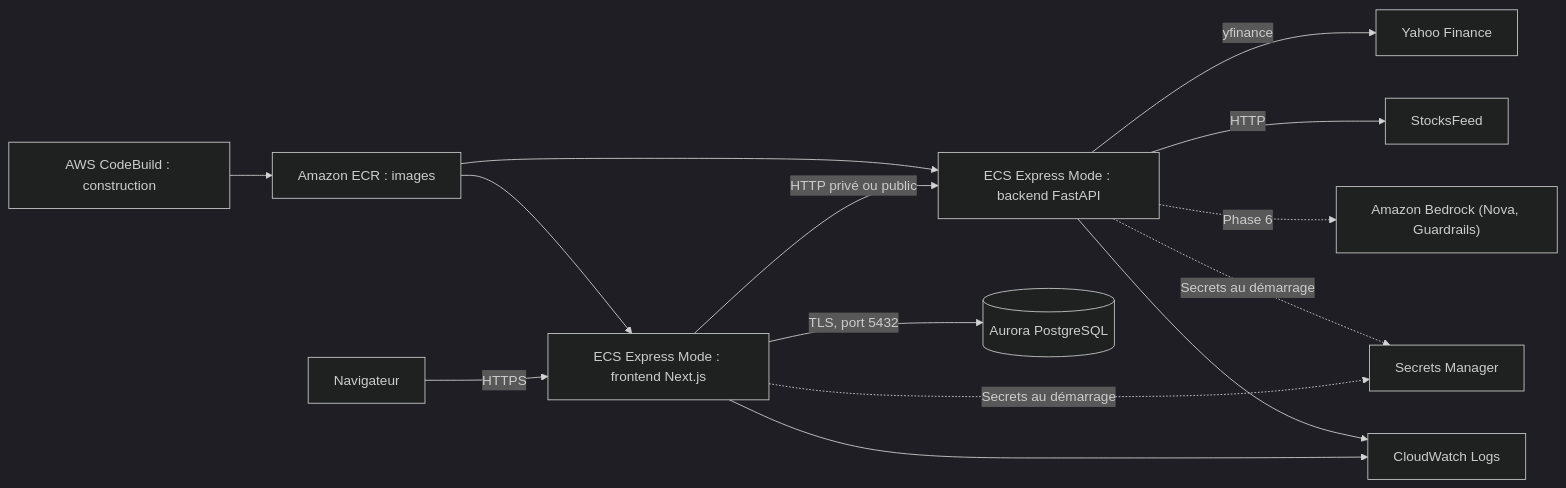
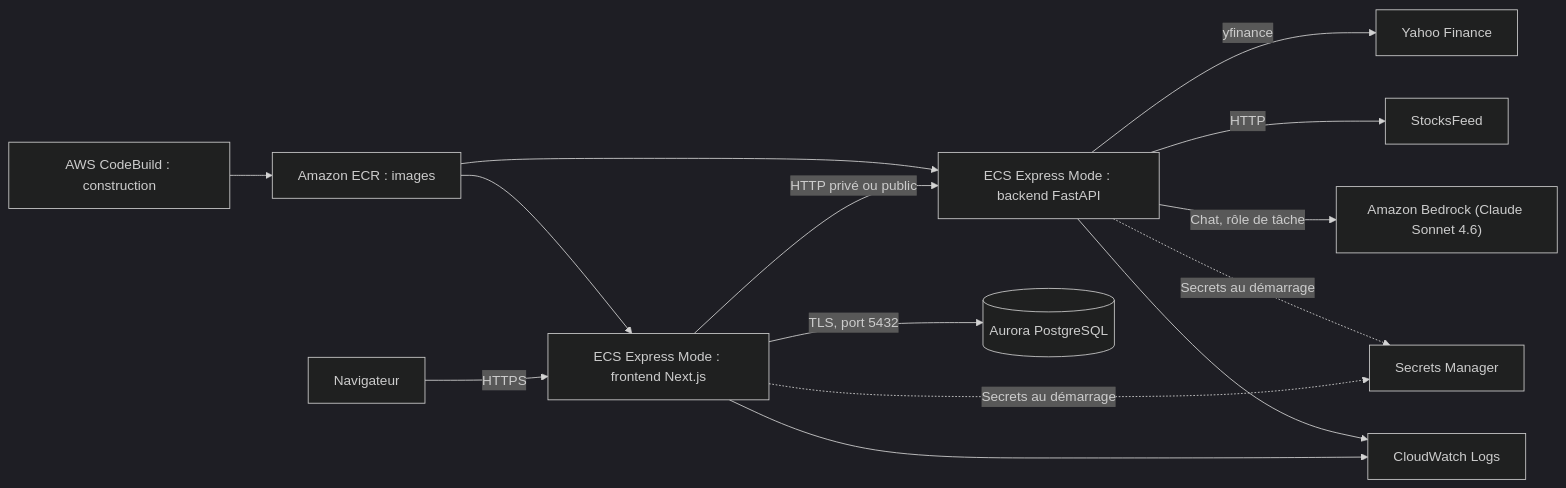
The diagram in roadmap/ROADMAP-DEPLOIEMENT.md (tarteeg/datathon-polyfinance), drawn with Mermaid (dark theme) before and after one commit. The commit also changed other lines of this file and 1 other file, not shown here.

Commit message:
docs: add calculation agent roadmap, drop agent phase from deployment roadmap

````diff
--- a/roadmap/ROADMAP-DEPLOIEMENT.md
+++ b/roadmap/ROADMAP-DEPLOIEMENT.md
@@ -9,16 +9,16 @@
 ```mermaid
 flowchart LR
     User["Navigateur"] -->|HTTPS| FE["ECS Express Mode : frontend Next.js"]
     FE -->|HTTP privé ou public| BE["ECS Express Mode : backend FastAPI"]
     FE -->|TLS, port 5432| DB[("Aurora PostgreSQL")]
     BE -->|yfinance| Yahoo["Yahoo Finance"]
     BE -->|HTTP| Feed["StocksFeed"]
-    BE -.->|Phase 6| Bedrock["Amazon Bedrock (Nova, Guardrails)"]
+    BE -->|Chat, rôle de tâche| Bedrock["Amazon Bedrock (Claude Sonnet 4.6)"]
     FE -.->|Secrets au démarrage| SM["Secrets Manager"]
     BE -.->|Secrets au démarrage| SM
     ECR["Amazon ECR : images"] --> FE
     ECR --> BE
     CB["AWS CodeBuild : construction"] --> ECR
     FE --> CW["CloudWatch Logs"]
     BE --> CW
 ```
````
